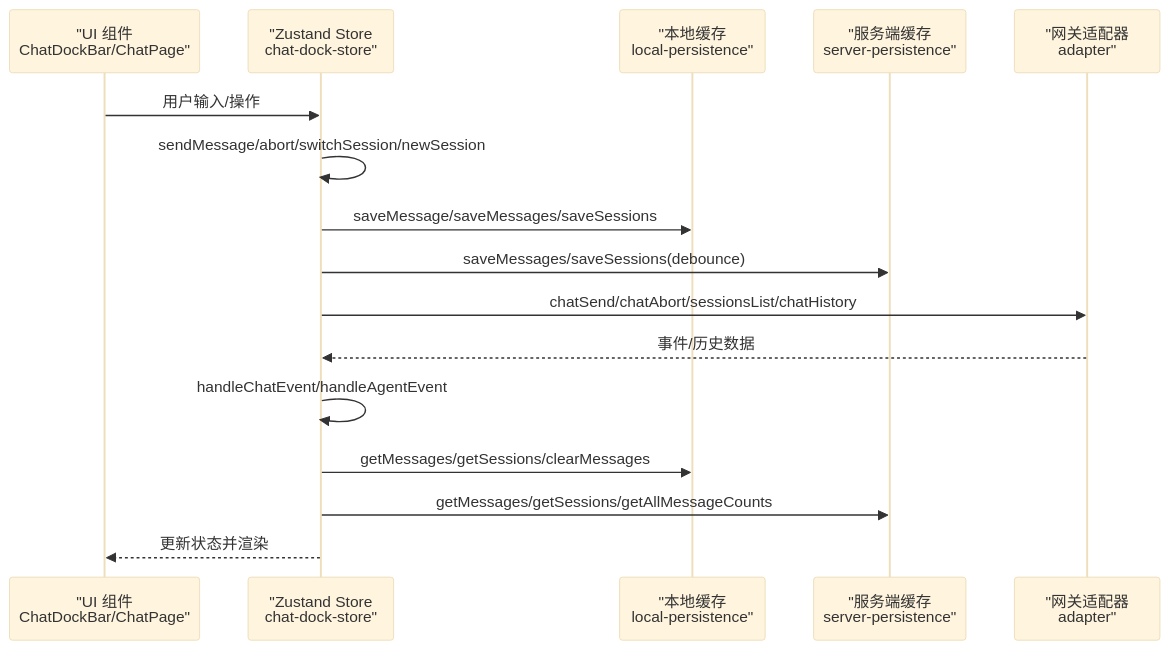
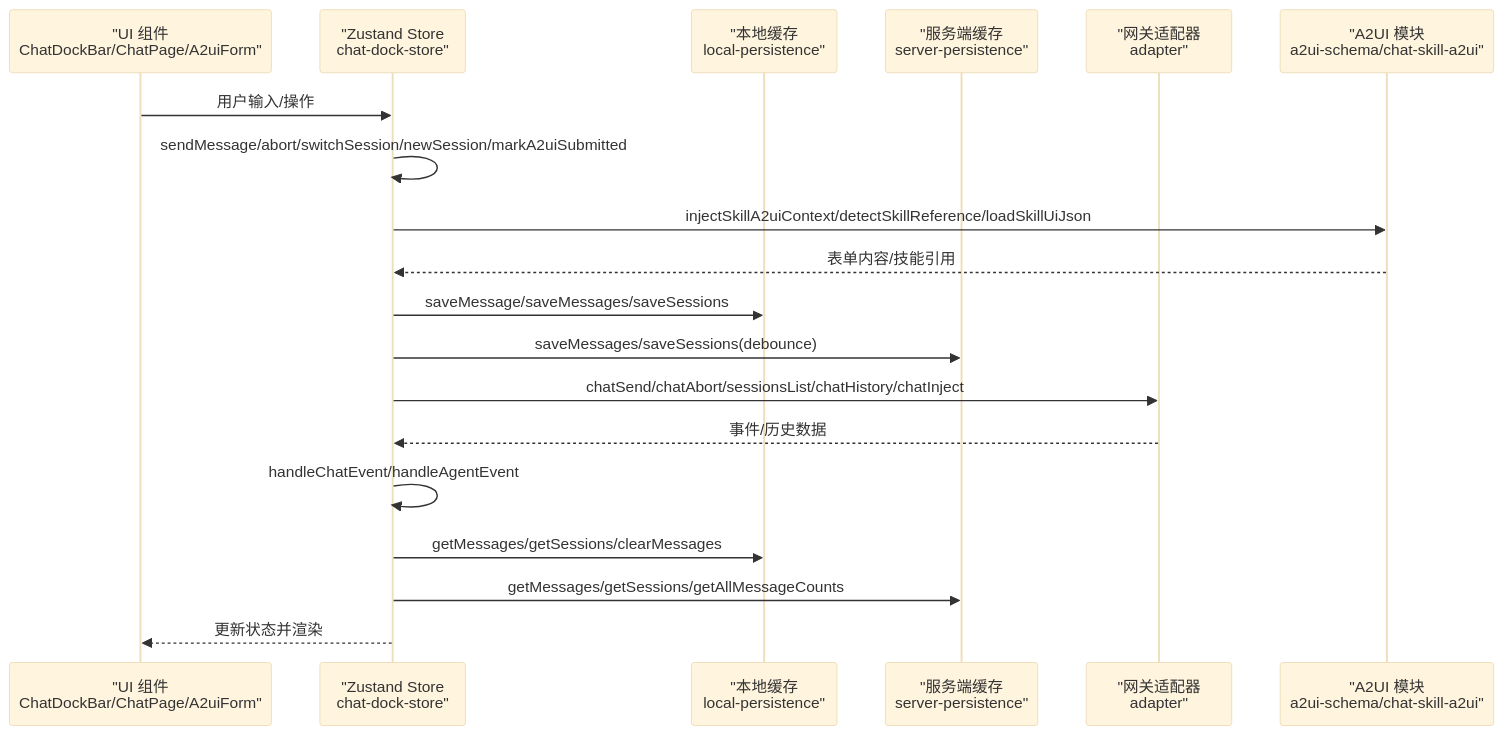
One commit to WW-AI-Lab/openclaw-office changed the second of 9 diagrams in .qoder/repowiki/zh/content/状态管理系统/控制台 Store 系统/聊天停靠 Store.md. Above: the diagram before and after it, drawn with Mermaid (base theme). The commit also changed other lines of this file and 36 other files, not shown here.

````diff
--- a/.qoder/repowiki/zh/content/状态管理系统/控制台 Store 系统/聊天停靠 Store.md
+++ b/.qoder/repowiki/zh/content/状态管理系统/控制台 Store 系统/聊天停靠 Store.md
@@ -116,18 +137,21 @@
 ```mermaid
 sequenceDiagram
-participant UI as "UI 组件<br/>ChatDockBar/ChatPage"
+participant UI as "UI 组件<br/>ChatDockBar/ChatPage/A2uiForm"
 participant Store as "Zustand Store<br/>chat-dock-store"
 participant Local as "本地缓存<br/>local-persistence"
 participant Server as "服务端缓存<br/>server-persistence"
 participant Gateway as "网关适配器<br/>adapter"
+participant A2UI as "A2UI 模块<br/>a2ui-schema/chat-skill-a2ui"
 UI->>Store : 用户输入/操作
-Store->>Store : sendMessage/abort/switchSession/newSession
+Store->>Store : sendMessage/abort/switchSession/newSession/markA2uiSubmitted
+Store->>A2UI : injectSkillA2uiContext/detectSkillReference/loadSkillUiJson
+A2UI-->>Store : 表单内容/技能引用
 Store->>Local : saveMessage/saveMessages/saveSessions
 Store->>Server : saveMessages/saveSessions(debounce)
-Store->>Gateway : chatSend/chatAbort/sessionsList/chatHistory
+Store->>Gateway : chatSend/chatAbort/sessionsList/chatHistory/chatInject
 Gateway-->>Store : 事件/历史数据
 Store->>Store : handleChatEvent/handleAgentEvent
 Store->>Local : getMessages/getSessions/clearMessages
 Store->>Server : getMessages/getSessions/getAllMessageCounts
 Store-->>UI : 更新状态并渲染
 ```
````
